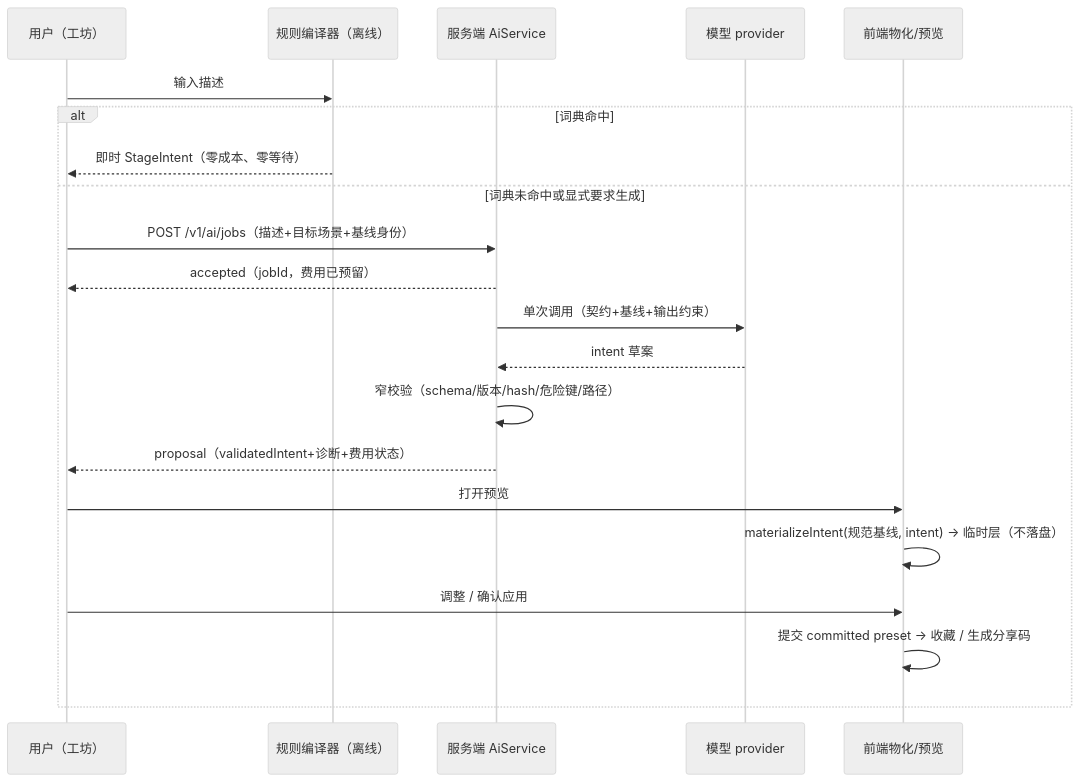
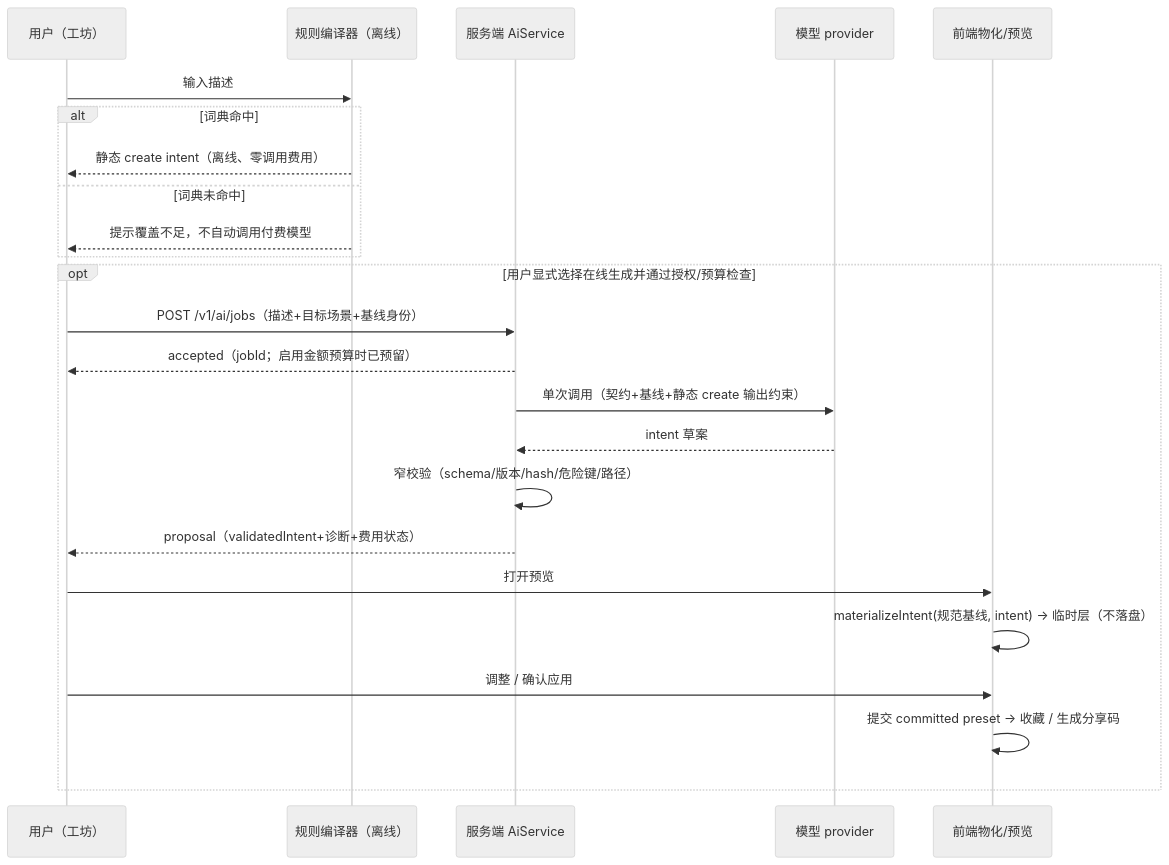
Before and after one commit to onceMisery/hertz-studio: the second of 2 diagrams in docs/stage-engine-feasibility.md, drawn with Mermaid (neutral theme). The commit also changed other lines of this file and 81 other files, not shown here.

````diff
--- a/docs/stage-engine-feasibility.md
+++ b/docs/stage-engine-feasibility.md
@@ -234,24 +252,27 @@
 ```mermaid
 sequenceDiagram
   participant U as 用户（工坊）
   participant R as 规则编译器（离线）
   participant S as 服务端 AiService
   participant M as 模型 provider
   participant F as 前端物化/预览
 
   U->>R: 输入描述
   alt 词典命中
-    R-->>U: 即时 StageIntent（零成本、零等待）
-  else 词典未命中或显式要求生成
+    R-->>U: 静态 create intent（离线、零调用费用）
+  else 词典未命中
+    R-->>U: 提示覆盖不足，不自动调用付费模型
+  end
+  opt 用户显式选择在线生成并通过授权/预算检查
     U->>S: POST /v1/ai/jobs（描述+目标场景+基线身份）
-    S-->>U: accepted（jobId，费用已预留）
-    S->>M: 单次调用（契约+基线+输出约束）
+    S-->>U: accepted（jobId；启用金额预算时已预留）
+    S->>M: 单次调用（契约+基线+静态 create 输出约束）
     M-->>S: intent 草案
     S->>S: 窄校验（schema/版本/hash/危险键/路径）
     S-->>U: proposal（validatedIntent+诊断+费用状态）
     U->>F: 打开预览
     F->>F: materializeIntent(规范基线, intent) → 临时层（不落盘）
     U->>F: 调整 / 确认应用
     F->>F: 提交 committed preset → 收藏 / 生成分享码
   end
 ```
````
